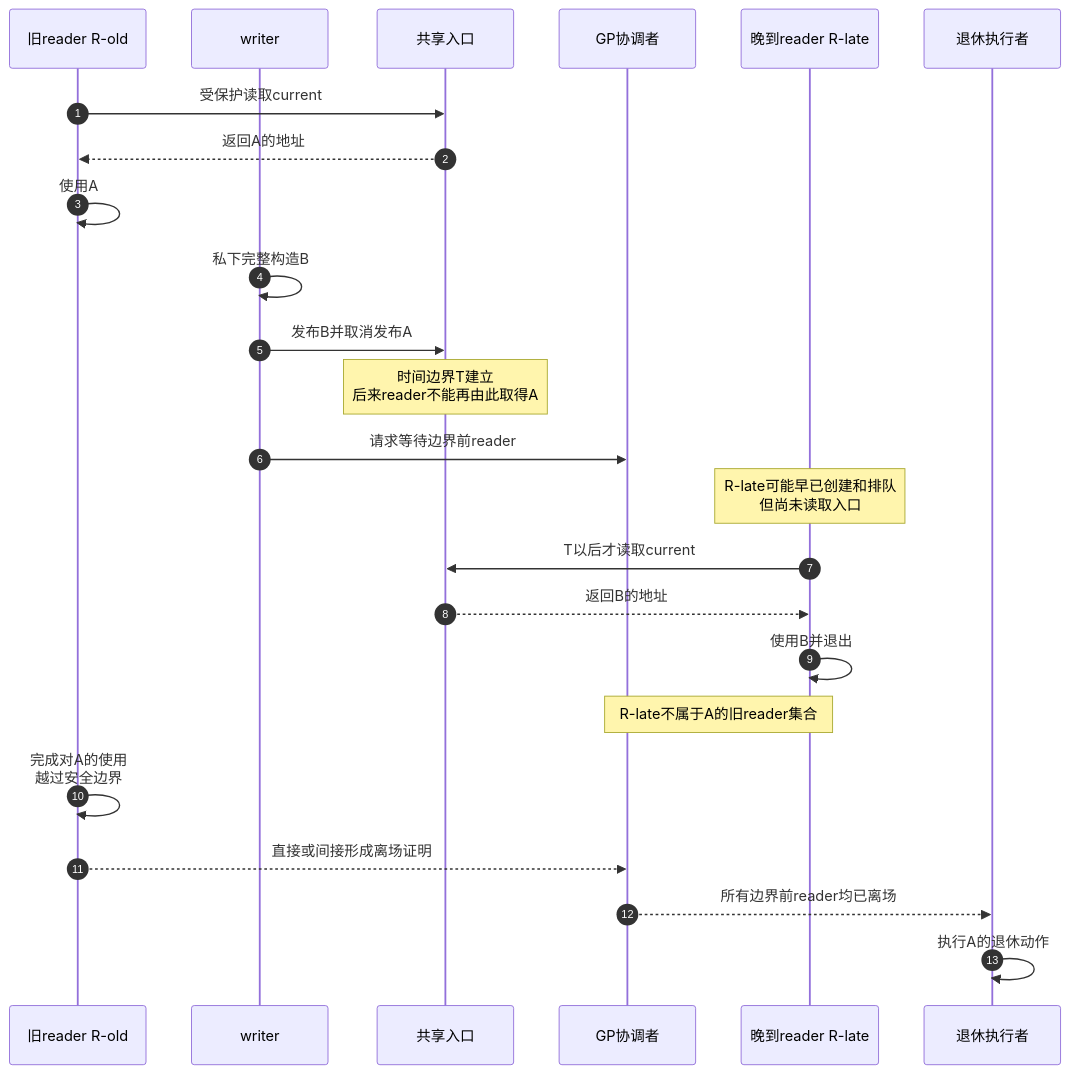
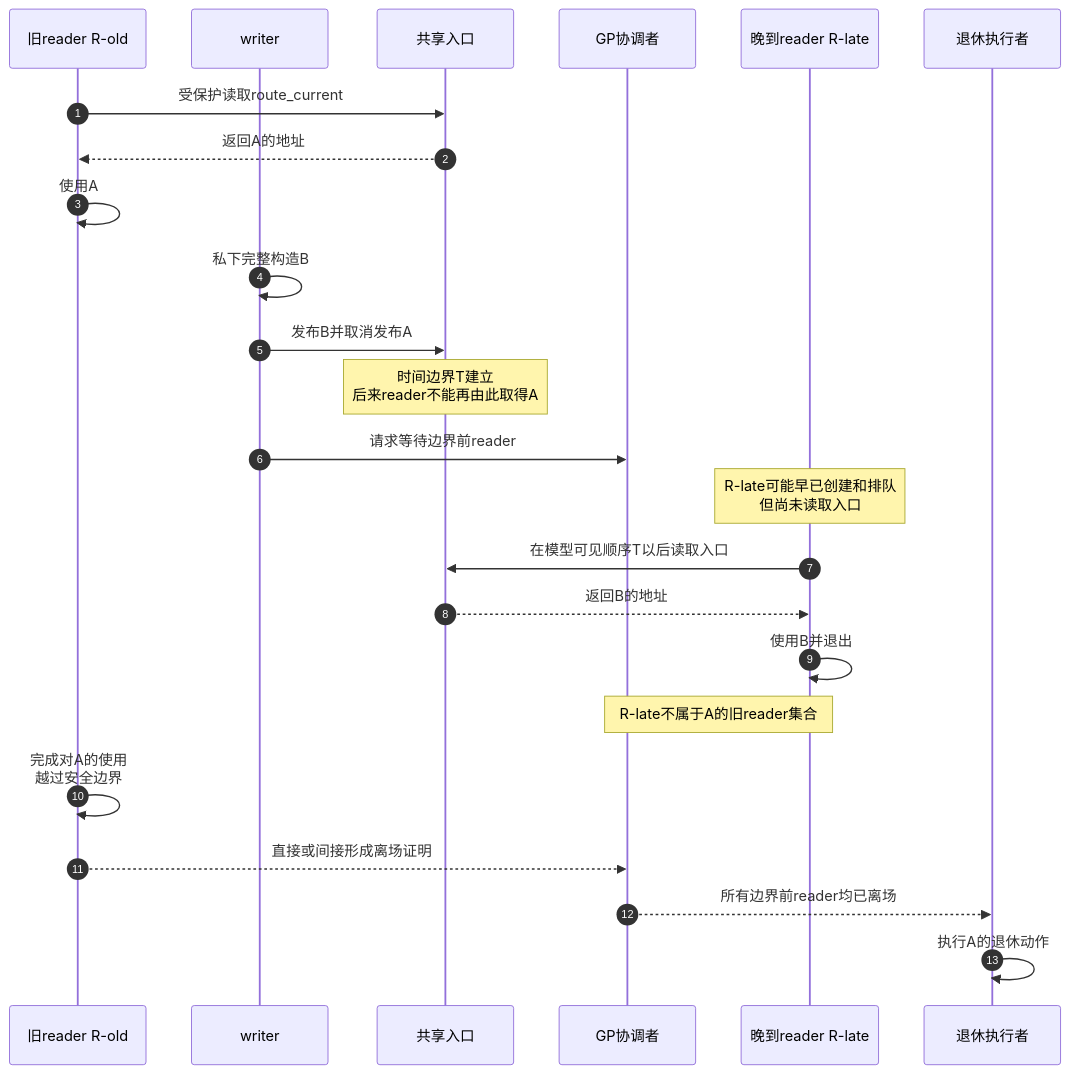
One commit to FormingSystem/linux_note changed the third of 3 diagrams in knowledge/linux/synchronization_and_asynchrony/synchronization/rcu/P02_RCU_抽象机制推演.md. Above: the diagram before and after it, drawn with Mermaid. The commit also changed other lines of this file and 6 other files, not shown here.

````diff
--- a/knowledge/linux/synchronization_and_asynchrony/synchronization/rcu/P02_RCU_抽象机制推演.md
+++ b/knowledge/linux/synchronization_and_asynchrony/synchronization/rcu/P02_RCU_抽象机制推演.md
@@ -202,31 +210,31 @@
 ```mermaid
 sequenceDiagram
     autonumber
 
     participant O as 旧reader R-old
     participant W as writer
     participant E as 共享入口
     participant G as GP协调者
     participant N as 晚到reader R-late
     participant X as 退休执行者
 
-    O->>E: 受保护读取current
+    O->>E: 受保护读取route_current
     E-->>O: 返回A的地址
     O->>O: 使用A
 
     W->>W: 私下完整构造B
     W->>E: 发布B并取消发布A
     Note over E: 时间边界T建立<br/>后来reader不能再由此取得A
 
     W->>G: 请求等待边界前reader
     Note over N: R-late可能早已创建和排队<br/>但尚未读取入口
-    N->>E: T以后才读取current
+    N->>E: 在模型可见顺序T以后读取入口
     E-->>N: 返回B的地址
     N->>N: 使用B并退出
     Note over G,N: R-late不属于A的旧reader集合
 
     O->>O: 完成对A的使用<br/>越过安全边界
     O-->>G: 直接或间接形成离场证明
     G-->>X: 所有边界前reader均已离场
     X->>X: 执行A的退休动作
 ```
````
